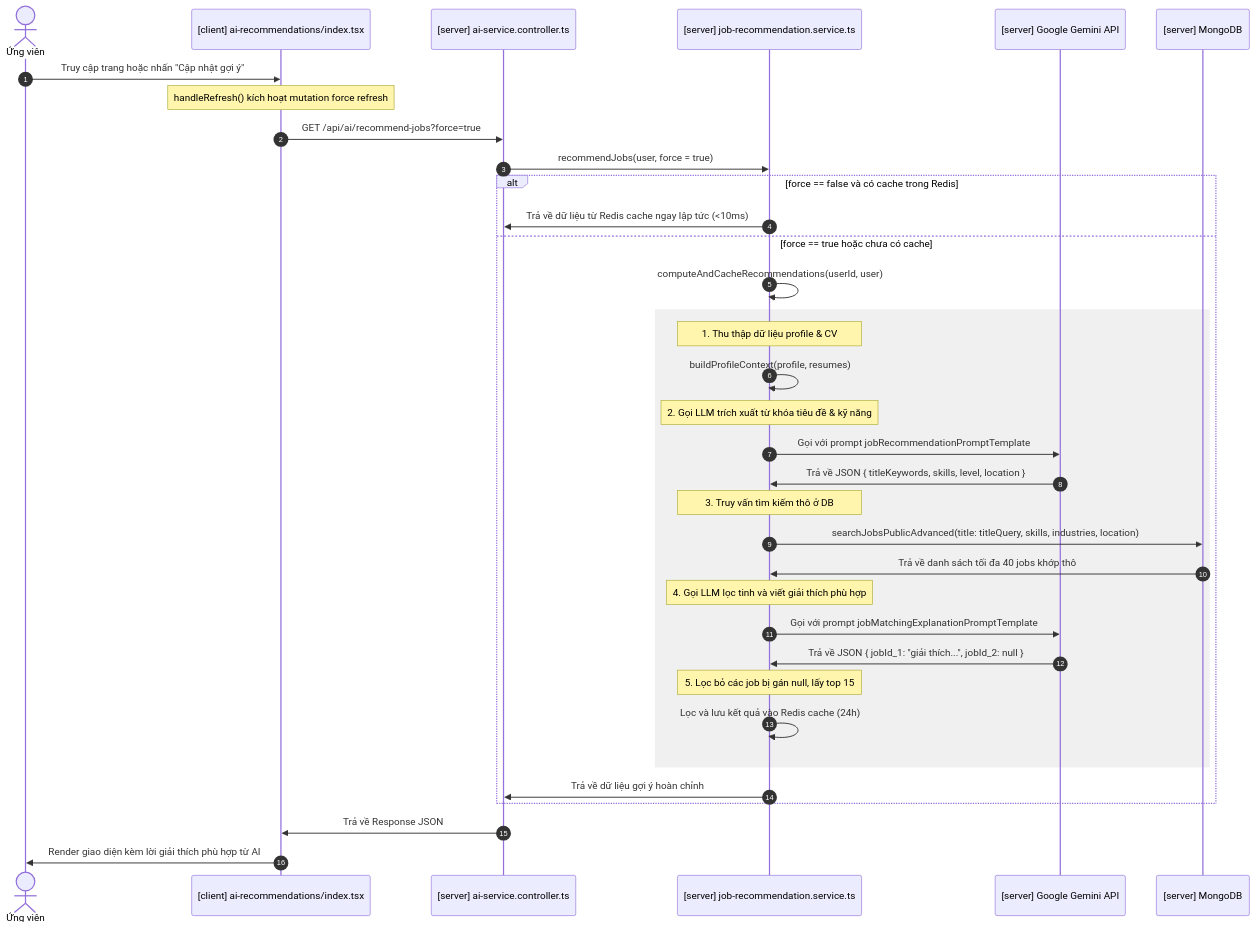
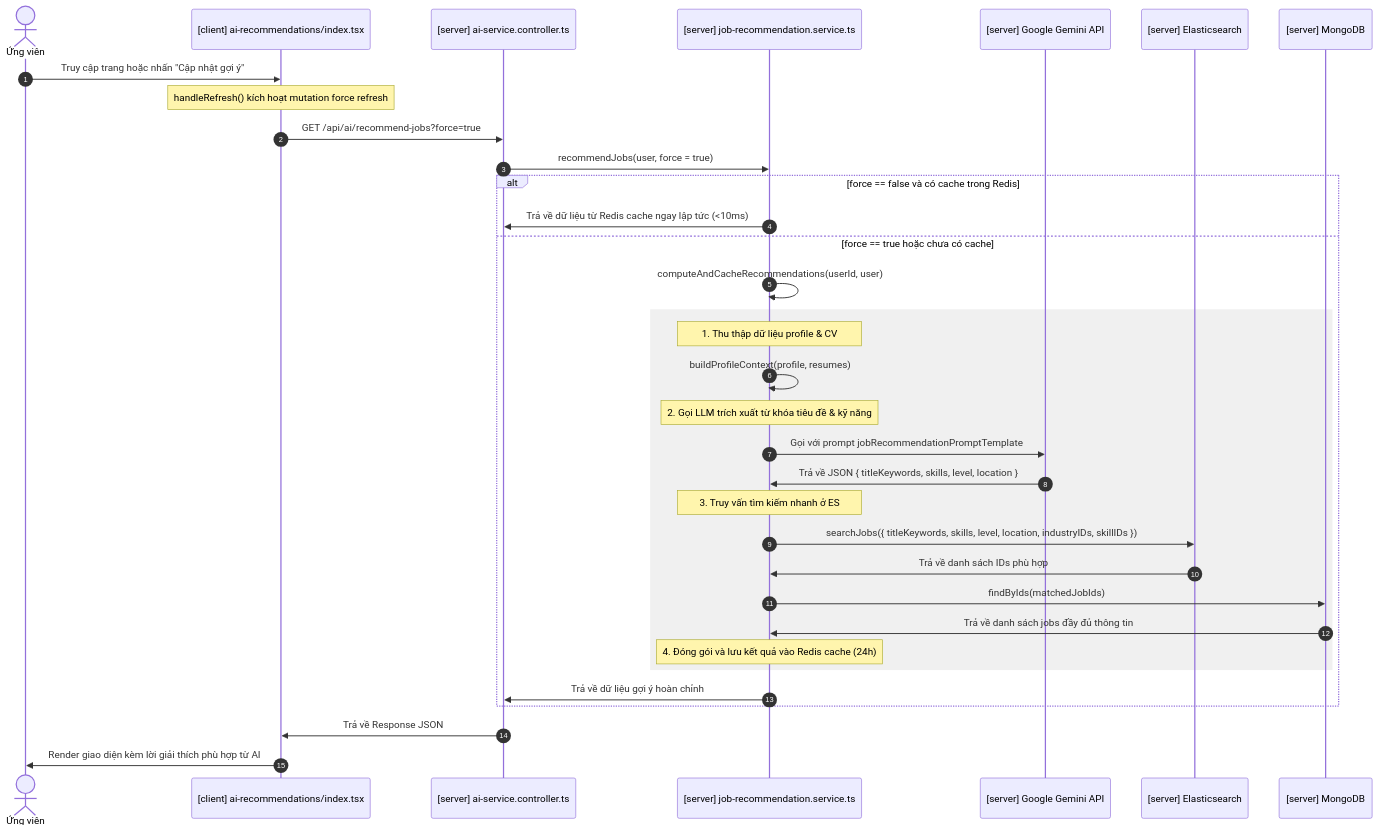
The second of 2 diagrams in server/AI_SUGGEST_JOB.md (minhhkhoa/Next-Nest), drawn with Mermaid before and after one commit. The commit also changed other lines of this file and 10 other files, not shown here.

````diff
--- a/server/AI_SUGGEST_JOB.md
+++ b/server/AI_SUGGEST_JOB.md
@@ -97,45 +92,43 @@
 ```mermaid
 sequenceDiagram
     autonumber
     actor User as Ứng viên
     participant FE as [client] ai-recommendations/index.tsx
     participant Controller as [server] ai-service.controller.ts
     participant Service as [server] job-recommendation.service.ts
     participant LLM as [server] Google Gemini API
+    participant ES as [server] Elasticsearch
     participant DB as [server] MongoDB
 
     User->>FE: Truy cập trang hoặc nhấn "Cập nhật gợi ý"
     Note over FE: handleRefresh() kích hoạt mutation force refresh
     FE->>Controller: GET /api/ai/recommend-jobs?force=true
     Controller->>Service: recommendJobs(user, force = true)
 
     alt force == false và có cache trong Redis
         Service->>Controller: Trả về dữ liệu từ Redis cache ngay lập tức (<10ms)
     else force == true hoặc chưa có cache
         Service->>Service: computeAndCacheRecommendations(userId, user)
 
         rect rgb(240, 240, 240)
             Note over Service: 1. Thu thập dữ liệu profile & CV
             Service->>Service: buildProfileContext(profile, resumes)
             Note over Service: 2. Gọi LLM trích xuất từ khóa tiêu đề & kỹ năng
             Service->>LLM: Gọi với prompt jobRecommendationPromptTemplate
             LLM->>Service: Trả về JSON { titleKeywords, skills, level, location }
 
-            Note over Service: 3. Truy vấn tìm kiếm thô ở DB
-            Service->>DB: searchJobsPublicAdvanced(title: titleQuery, skills, industries, location)
-            DB->>Service: Trả về danh sách tối đa 40 jobs khớp thô
+            Note over Service: 3. Truy vấn tìm kiếm nhanh ở ES
+            Service->>ES: searchJobs({ titleKeywords, skills, level, location, industryIDs, skillIDs })
+            ES->>Service: Trả về danh sách IDs phù hợp
+            Service->>DB: findByIds(matchedJobIds)
+            DB->>Service: Trả về danh sách jobs đầy đủ thông tin
 
-            Note over Service: 4. Gọi LLM lọc tinh và viết giải thích phù hợp
-            Service->>LLM: Gọi với prompt jobMatchingExplanationPromptTemplate
-            LLM->>Service: Trả về JSON { jobId_1: "giải thích...", jobId_2: null }
-
-            Note over Service: 5. Lọc bỏ các job bị gán null, lấy top 15
-            Service->>Service: Lọc và lưu kết quả vào Redis cache (24h)
+            Note over Service: 4. Đóng gói và lưu kết quả vào Redis cache (24h)
         end
 
         Service->>Controller: Trả về dữ liệu gợi ý hoàn chỉnh
     end
 
     Controller->>FE: Trả về Response JSON
     FE->>User: Render giao diện kèm lời giải thích phù hợp từ AI
 ```
````
